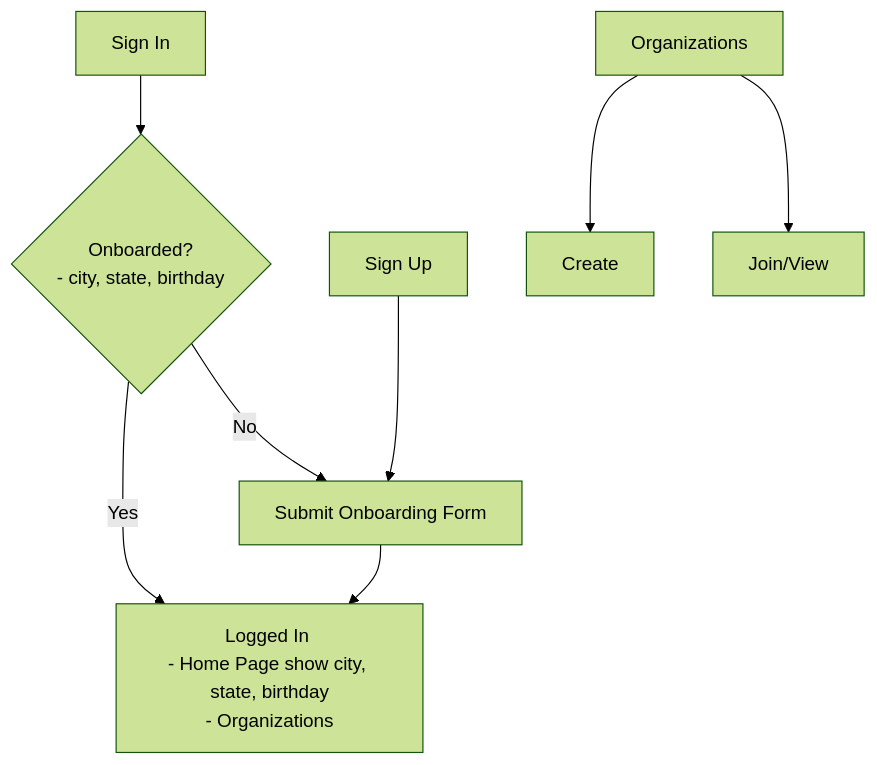
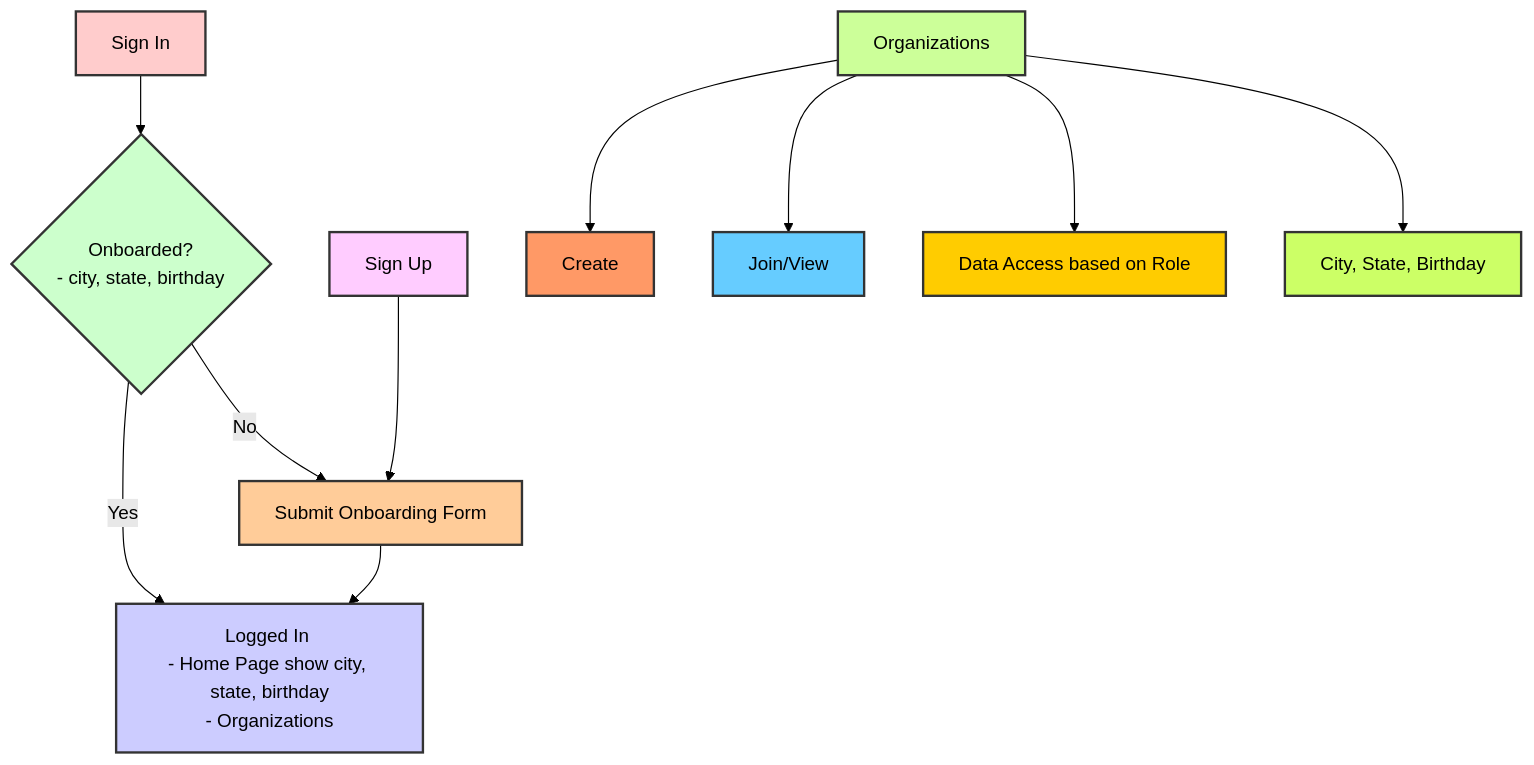
One commit to sun2ii/clerk-trial changed the diagram in architecture/flow.md. Above: the diagram before and after it, drawn with Mermaid (forest theme). The commit also changed other lines of this file and 2 other files, not shown here.

Commit message:
added flow chart

````diff
--- a/architecture/flow.md
+++ b/architecture/flow.md
@@ -4,16 +5,27 @@
 ```mermaid 
 graph TD
     %% Login Flow 
     A[Sign In] --> O{Onboarded?\n- city, state, birthday}
     O --> |Yes|L[Logged In \n- Home Page show city, state, birthday\n- Organizations]
     O --> |No|C[Submit Onboarding Form]
     C --> L
     B[Sign Up] --> C
 
   %% Organization Flow
     I[Organizations] --> J[Create]
     I --> K[Join/View]
+    I --> M[Data Access based on Role]
+    I --> N[City, State, Birthday]
 
 
-    %% B --> C[Showcase Organization List]
+    style A fill:#ffcccc,stroke:#333,stroke-width:2px
+    style O fill:#ccffcc,stroke:#333,stroke-width:2px
+    style L fill:#ccccff,stroke:#333,stroke-width:2px
+    style C fill:#ffcc99,stroke:#333,stroke-width:2px
+    style B fill:#ffccff,stroke:#333,stroke-width:2px
+    style I fill:#ccff99,stroke:#333,stroke-width:2px
+    style J fill:#ff9966,stroke:#333,stroke-width:2px
+    style K fill:#66ccff,stroke:#333,stroke-width:2px
+    style M fill:#ffcc00,stroke:#333,stroke-width:2px
+    style N fill:#ccff66,stroke:#333,stroke-width:2px
 ```
````
